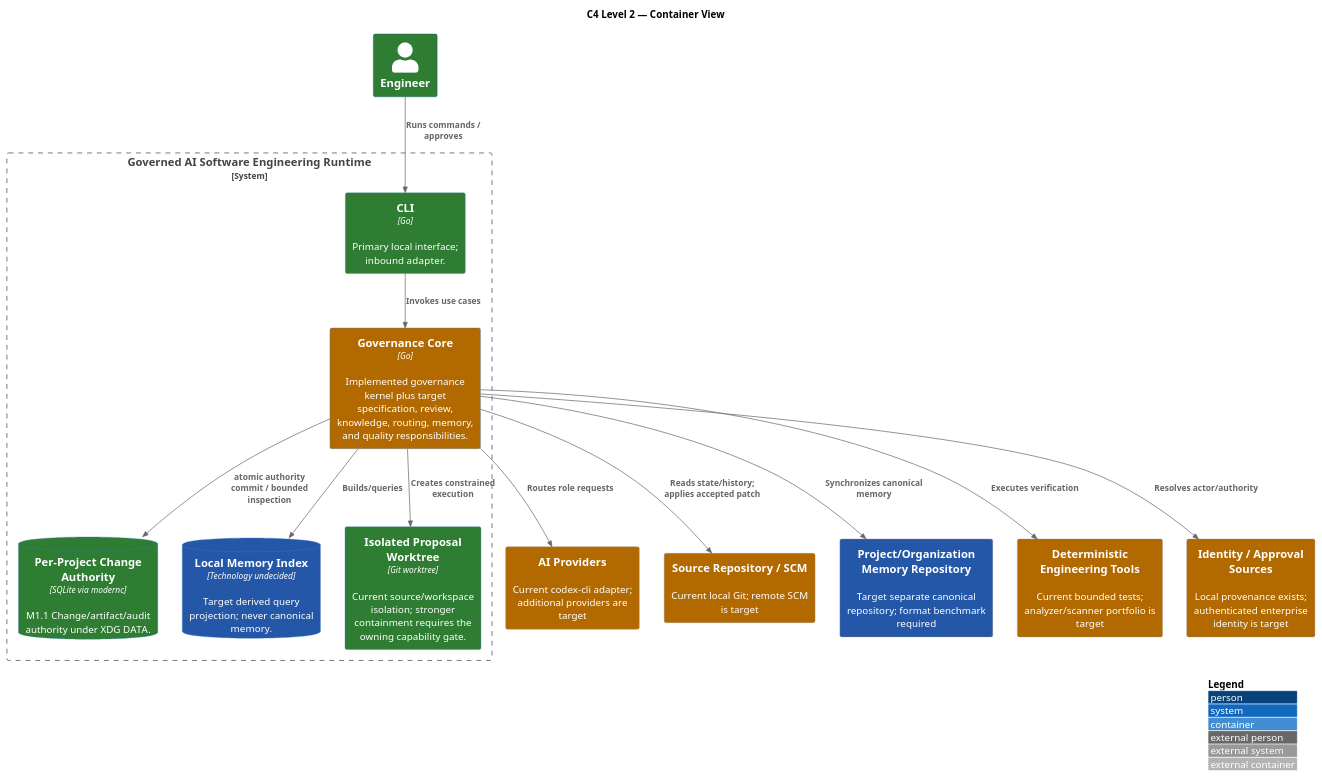
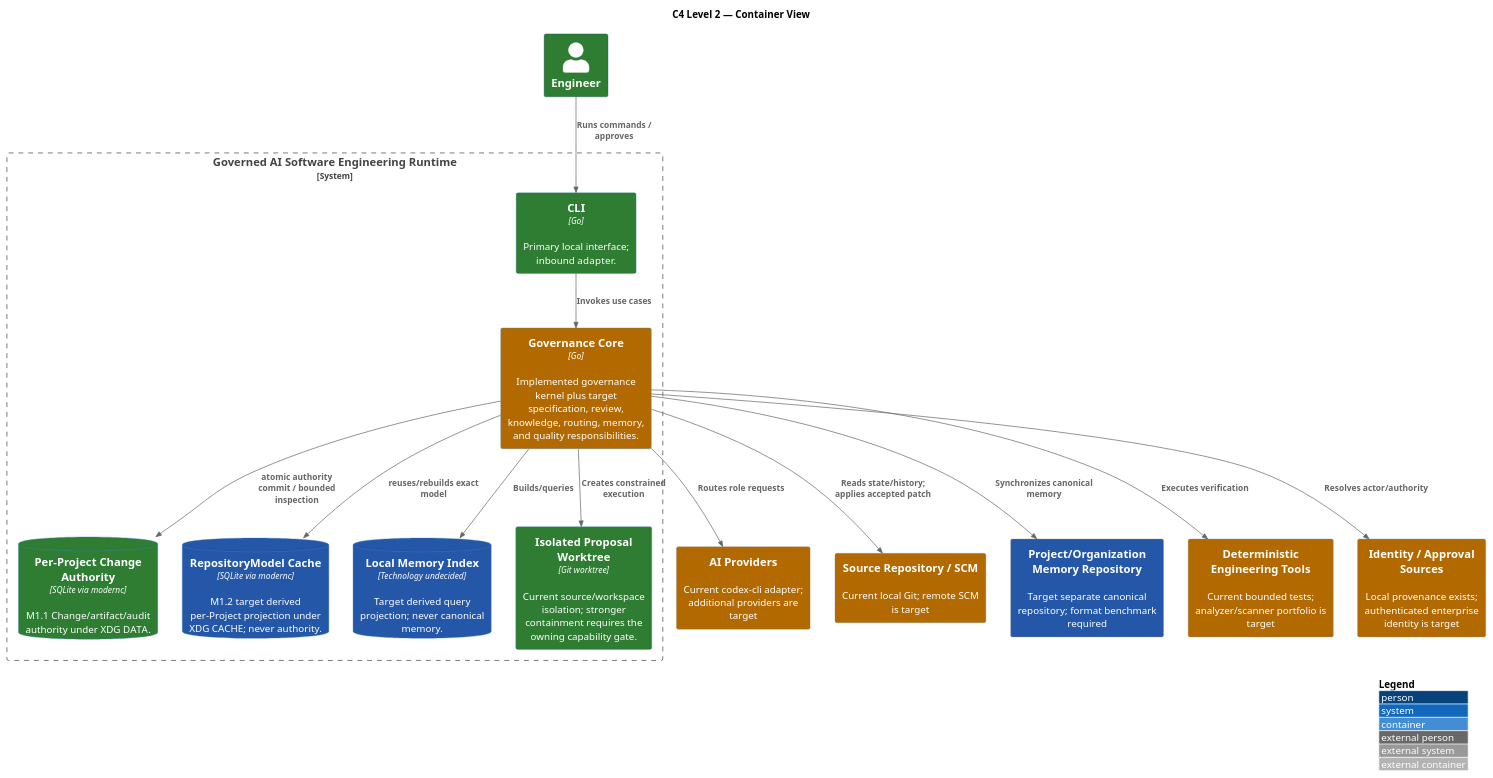
One commit to Eu-Pedro0ficial/praetor changed the diagram in docs/architecture/src/docs/arc42/diagrams/c4-container.puml. Above: the diagram before and after it, drawn with PlantUML. The commit also changed 37 other files, not shown here.

Commit message:
docs(m1.2): establish repository intelligence architecture

```diff
--- a/docs/architecture/src/docs/arc42/diagrams/c4-container.puml
+++ b/docs/architecture/src/docs/arc42/diagrams/c4-container.puml
@@ -1,32 +1,34 @@
 @startuml
 !include <C4/C4_Container>
 AddElementTag("AS-IS", $bgColor="#2E7D32", $fontColor="#FFFFFF", $legendText="AS-IS")
 AddElementTag("PARTIAL", $bgColor="#B26A00", $fontColor="#FFFFFF", $legendText="PARTIAL")
 AddElementTag("TARGET", $bgColor="#2457A7", $fontColor="#FFFFFF", $legendText="TARGET")
 AddElementTag("DEFERRED", $bgColor="#6A5A78", $fontColor="#FFFFFF", $legendText="DEFERRED")
 LAYOUT_WITH_LEGEND()
 title C4 Level 2 — Container View
 Person(engineer, "Engineer", $tags="AS-IS")
 System_Boundary(system, "Governed AI Software Engineering Runtime") {
   Container(cli, "CLI", "Go", "Primary local interface; inbound adapter.", $tags="AS-IS")
   Container(core, "Governance Core", "Go", "Implemented governance kernel plus target specification, review, knowledge, routing, memory, and quality responsibilities.", $tags="PARTIAL")
   ContainerDb(changeStore, "Per-Project Change Authority", "SQLite via modernc", "M1.1 Change/artifact/audit authority under XDG DATA.", $tags="AS-IS")
+  ContainerDb(repositoryCache, "RepositoryModel Cache", "SQLite via modernc", "M1.2 target derived per-Project projection under XDG CACHE; never authority.", $tags="TARGET")
   ContainerDb(index, "Local Memory Index", "Technology undecided", "Target derived query projection; never canonical memory.", $tags="TARGET")
   Container(sandbox, "Isolated Proposal Worktree", "Git worktree", "Current source/workspace isolation; stronger containment requires the owning capability gate.", $tags="AS-IS")
 }
 System_Ext(ai, "AI Providers", "Current codex-cli adapter; additional providers are target", $tags="PARTIAL")
 System_Ext(src, "Source Repository / SCM", "Current local Git; remote SCM is target", $tags="PARTIAL")
 System_Ext(mem, "Project/Organization Memory Repository", "Target separate canonical repository; format benchmark required", $tags="TARGET")
 System_Ext(tools, "Deterministic Engineering Tools", "Current bounded tests; analyzer/scanner portfolio is target", $tags="PARTIAL")
 System_Ext(idp, "Identity / Approval Sources", "Local provenance exists; authenticated enterprise identity is target", $tags="PARTIAL")
 Rel(engineer, cli, "Runs commands / approves")
 Rel(cli, core, "Invokes use cases")
 Rel(core, changeStore, "atomic authority commit / bounded inspection")
+Rel(core, repositoryCache, "reuses/rebuilds exact model")
 Rel(core, index, "Builds/queries")
 Rel(core, sandbox, "Creates constrained execution")
 Rel(core, ai, "Routes role requests")
 Rel(core, src, "Reads state/history; applies accepted patch")
 Rel(core, mem, "Synchronizes canonical memory")
 Rel(core, tools, "Executes verification")
 Rel(core, idp, "Resolves actor/authority")
 @enduml
```
